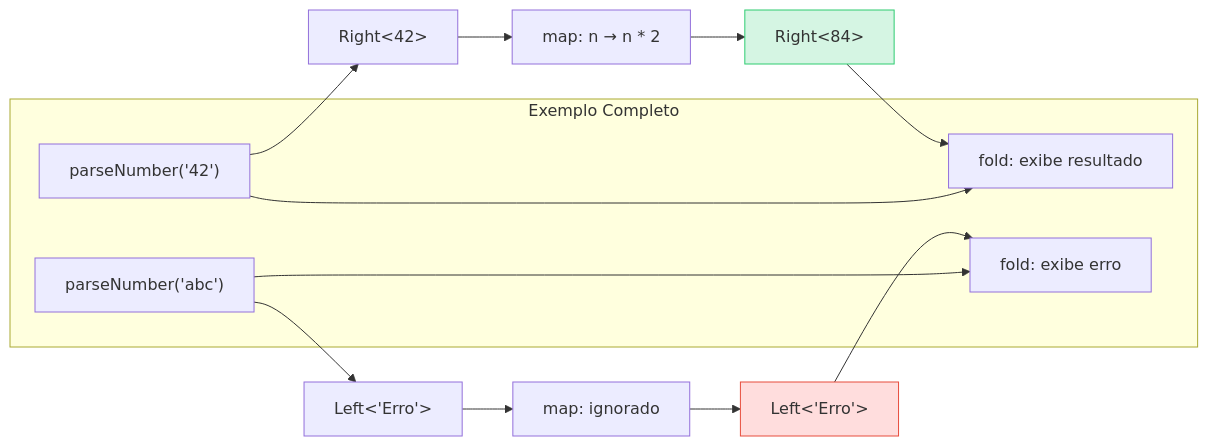
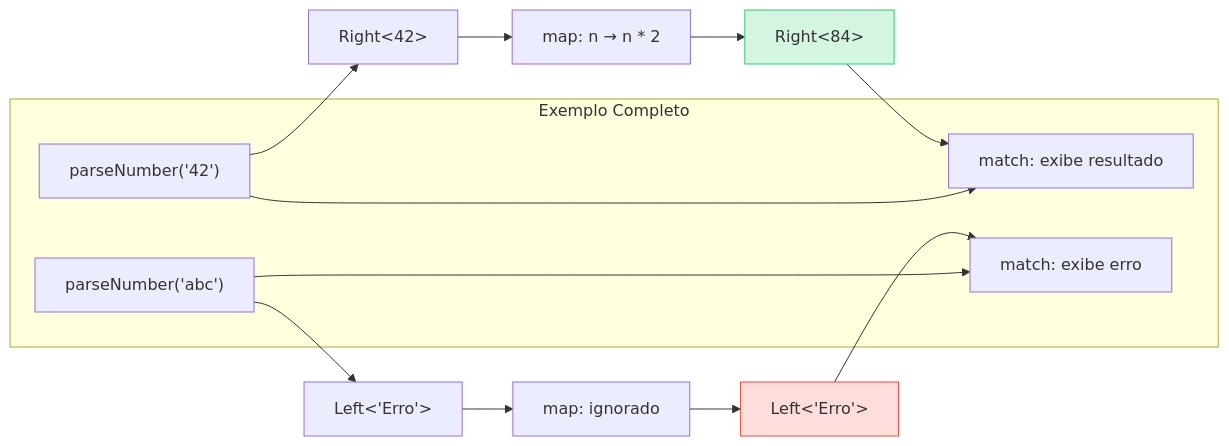
The fourth of 5 diagrams in blog/content/post/tserr.md (scovl/scovl.github.io), drawn with Mermaid before and after one commit. The commit also changed other lines of this file and 130 other files, not shown here.

````diff
--- a/blog/content/post/tserr.md
+++ b/blog/content/post/tserr.md
@@ -343,20 +355,20 @@
 ```mermaid
 graph LR
     A["parseNumber('42')"] --> B[Right<42>]
     B --> C[map: n → n * 2]
     C --> D[Right<84>]
-    D --> E[fold: exibe resultado]
+    D --> E[match: exibe resultado]
     
     A2["parseNumber('abc')"] --> B2[Left<'Erro'>]
     B2 --> C2[map: ignorado]
     C2 --> D2[Left<'Erro'>]
-    D2 --> E2[fold: exibe erro]
+    D2 --> E2[match: exibe erro]
 
     subgraph "Exemplo Completo"
     A --> E
     A2 --> E2
     end
 
     style D fill:#d5f5e3,stroke:#2ecc71
     style D2 fill:#ffdddd,stroke:#e74c3c
 ```
````
